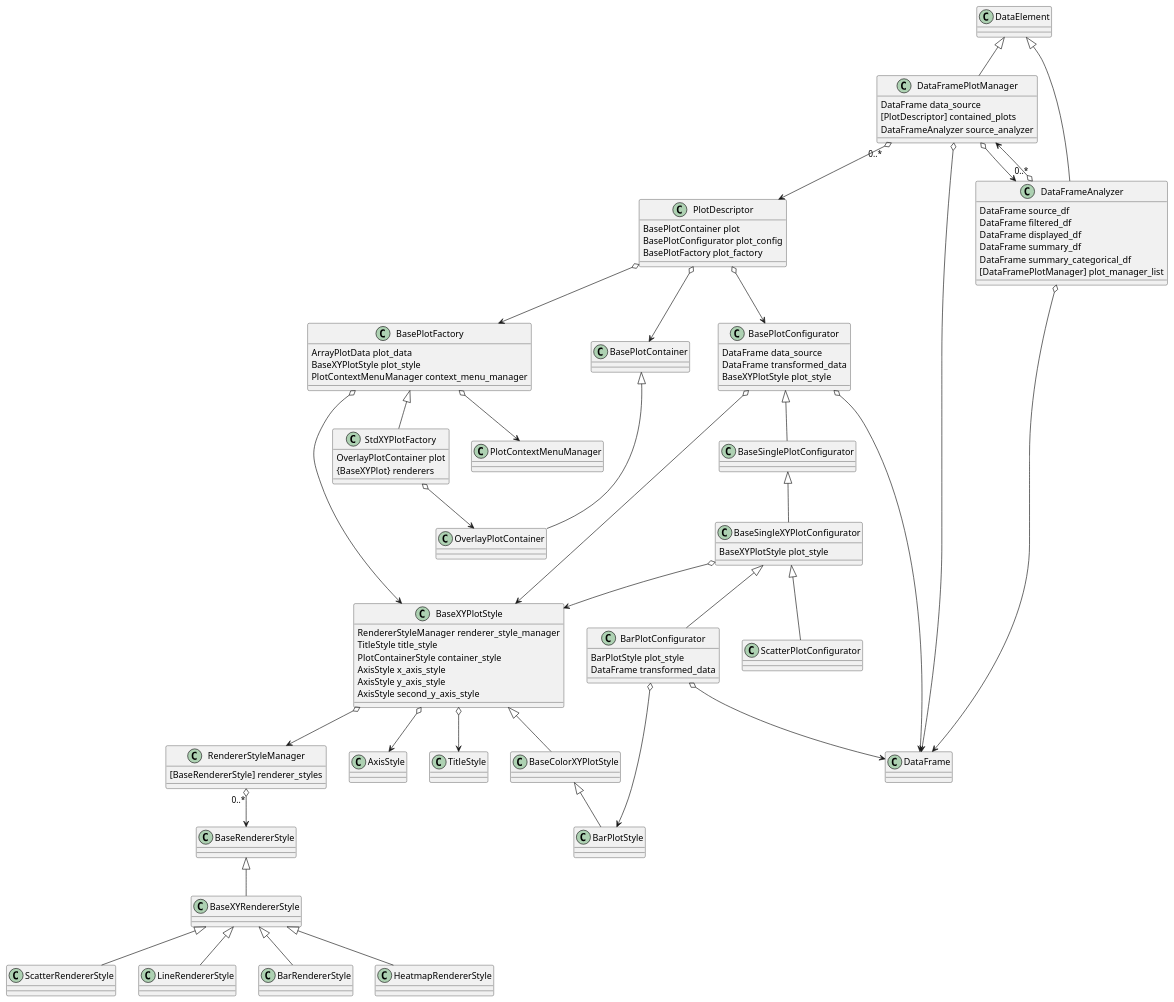
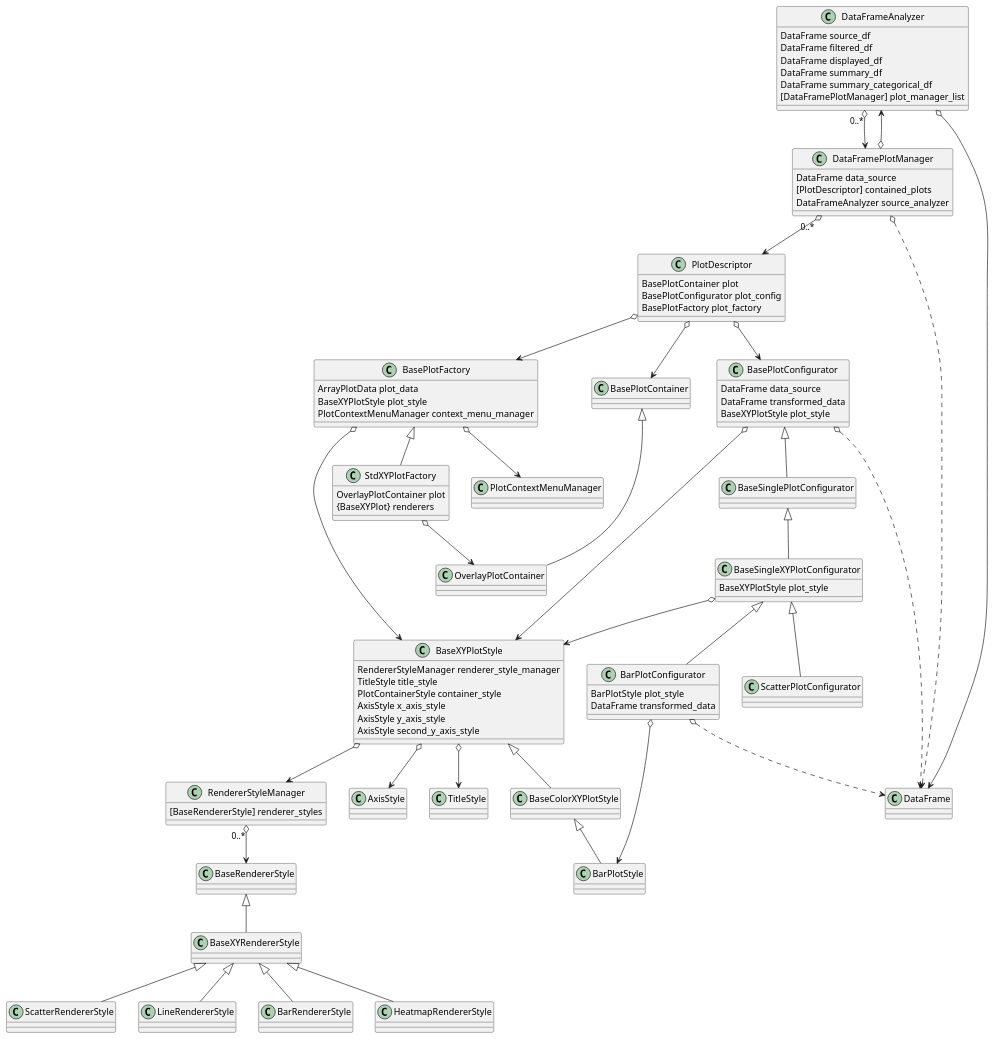
One commit to KBIbiopharma/pybleau changed the diagram in pybleau_plotting.puml. Above: the diagram before and after it, drawn with PlantUML. The commit also changed 1 other file, not shown here.

Commit message:
Adding diagram to file

```diff
--- a/pybleau_plotting.puml
+++ b/pybleau_plotting.puml
@@ -1,104 +1,107 @@
 @startuml
 
-class DataElement
-DataElement <|-- DataFramePlotManager
-DataElement <|-- DataFrameAnalyzer
+'class DataElement
+'DataElement <|-- DataFramePlotManager
+'DataElement <|-- DataFrameAnalyzer
 class DataFrameAnalyzer {
     DataFrame source_df
     DataFrame filtered_df
     DataFrame displayed_df
     DataFrame summary_df
     DataFrame summary_categorical_df
     [DataFramePlotManager] plot_manager_list
 
 }
 DataFrameAnalyzer o--> DataFrame
 DataFrameAnalyzer "0..*" o--> DataFramePlotManager
 
 class DataFramePlotManager {
     DataFrame data_source
     [PlotDescriptor] contained_plots
     DataFrameAnalyzer source_analyzer
 }
 DataFramePlotManager "0..*" o--> PlotDescriptor
-DataFramePlotManager o--> DataFrame
+DataFramePlotManager o..> DataFrame
 DataFramePlotManager o--> DataFrameAnalyzer
 
 class BasePlotFactory {
     ArrayPlotData plot_data
     BaseXYPlotStyle plot_style
     PlotContextMenuManager context_menu_manager
 }
 BasePlotFactory o--> BaseXYPlotStyle
 BasePlotFactory o--> PlotContextMenuManager
 
 class StdXYPlotFactory {
     OverlayPlotContainer plot
     {BaseXYPlot} renderers
 }
 BasePlotContainer <|-- OverlayPlotContainer
 BasePlotFactory <|-- StdXYPlotFactory
 StdXYPlotFactory o--> OverlayPlotContainer
 
 class BaseXYPlotStyle {
     RendererStyleManager renderer_style_manager
     TitleStyle title_style
     PlotContainerStyle container_style
     AxisStyle x_axis_style
     AxisStyle y_axis_style
     AxisStyle second_y_axis_style
 }
 BaseXYPlotStyle o--> RendererStyleManager
 BaseXYPlotStyle o--> AxisStyle
 BaseXYPlotStyle o--> TitleStyle
 
 class RendererStyleManager {
     [BaseRendererStyle] renderer_styles
 }
 RendererStyleManager "0..*" o--> BaseRendererStyle
 BaseRendererStyle <|-- BaseXYRendererStyle
 BaseXYRendererStyle <|-- ScatterRendererStyle
 BaseXYRendererStyle <|-- LineRendererStyle
 BaseXYRendererStyle <|-- BarRendererStyle
 BaseXYRendererStyle <|-- HeatmapRendererStyle
 
 
 class PlotDescriptor {
     BasePlotContainer plot
     BasePlotConfigurator plot_config
     BasePlotFactory plot_factory
 }
 PlotDescriptor o--> BasePlotContainer
 PlotDescriptor o--> BasePlotConfigurator
 PlotDescriptor o--> BasePlotFactory
 
 
 class BasePlotConfigurator {
     DataFrame data_source
     DataFrame transformed_data
     BaseXYPlotStyle plot_style
 }
-BasePlotConfigurator o--> DataFrame
+BasePlotConfigurator o..> DataFrame
 BasePlotConfigurator o--> BaseXYPlotStyle
 
 class BaseSingleXYPlotConfigurator {
     BaseXYPlotStyle plot_style
 }
 BaseSingleXYPlotConfigurator o--> BaseXYPlotStyle
 
 class BarPlotConfigurator {
     BarPlotStyle plot_style
     DataFrame transformed_data
 }
-BarPlotConfigurator o--> DataFrame
+BarPlotConfigurator o..> DataFrame
 BarPlotConfigurator o--> BarPlotStyle
 BaseColorXYPlotStyle <|-- BarPlotStyle
 BaseXYPlotStyle <|-- BaseColorXYPlotStyle
 
 class ScatterPlotConfigurator
 BasePlotConfigurator <|-- BaseSinglePlotConfigurator
+'BasePlotConfigurator <|-- BaseMultiPlotConfigurator
+'BaseSingleXYPlotConfigurator <|-- MultiLinePlotConfigurator
+'BaseMultiPlotConfigurator <|-- MultiLinePlotConfigurator
 BaseSinglePlotConfigurator <|-- BaseSingleXYPlotConfigurator
 BaseSingleXYPlotConfigurator <|-- BarPlotConfigurator
 BaseSingleXYPlotConfigurator <|-- ScatterPlotConfigurator
 
 @enduml
```
